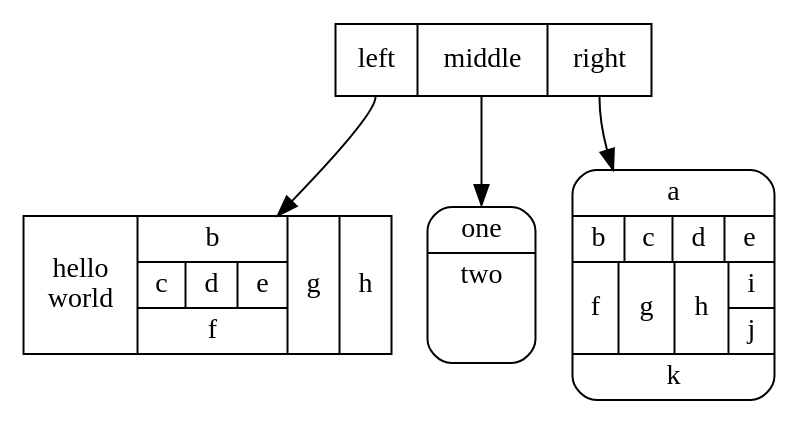
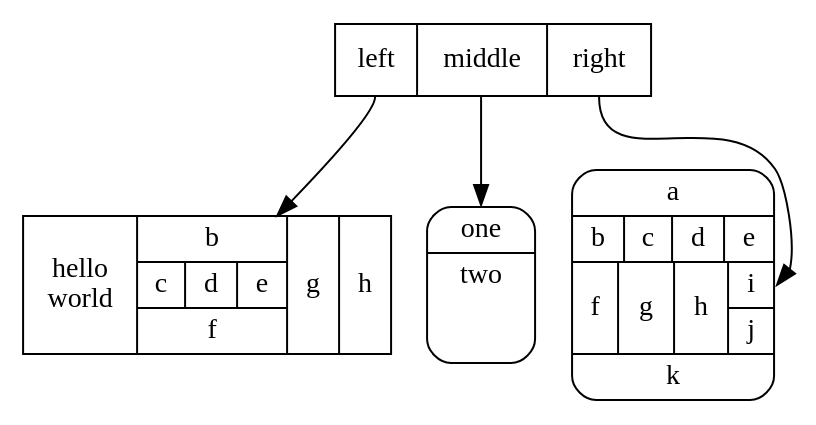
Before and after one commit to GiovaniPM/Graphs: the diagram in Exemplos/record2.gv, drawn with Graphviz.

Commit message:
Giovani_Mesquita(RBST10164) 200317103525

```diff
--- a/Exemplos/record2.gv
+++ b/Exemplos/record2.gv
@@ -1,10 +1,10 @@
 digraph structs {
 	node[shape=record]
 	struct1 [label="<f0> left|<f1> middle|<f2> right"];
 	struct2 [label="{<f0> one|<f1> two\n\n\n}" shape=Mrecord];
 	struct3 [label="hello\nworld |{ b |{c|<here> d|e}| f}| g | h"];
-	struct4 [label="{a|{b|c|d|e}|{f|g|h|{i|j}}|k}" shape=Mrecord];
+	struct4 [label="{a|{b|c|d|e}|{f|g|h|{<f0> i|j}}|k}" shape=Mrecord];
 	struct1:f1 -> struct2:f0;
 	struct1:f0 -> struct3:f1;
-	struct1:f2 -> struct4;
+	struct1:f2 -> struct4:f0;
 }
```
